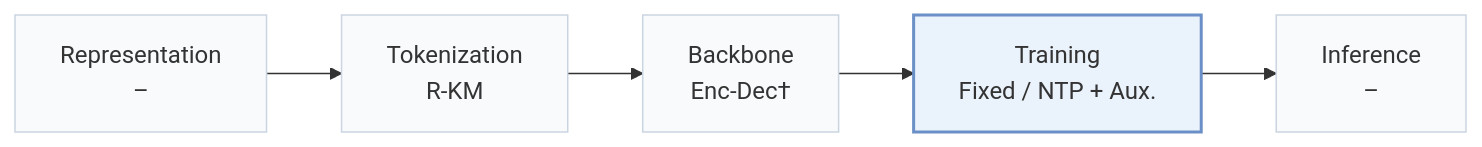
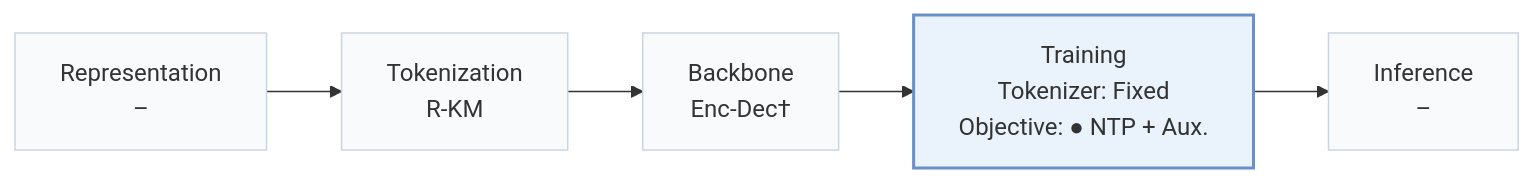
The first of 2 diagrams in pages/papers/nau.md (Galaxy-ghost/Awesome-SID-Generative-Rec), drawn with Mermaid before and after one commit. The commit also changed other lines of this file and 558 other files, not shown here.

````diff
--- a/pages/papers/nau.md
+++ b/pages/papers/nau.md
@@ -15,8 +18,8 @@
 ```mermaid
 flowchart LR
-    R["Representation<br/>–"] --> T["Tokenization<br/>R-KM"] --> B["Backbone<br/>Enc-Dec†"] --> TR["Training<br/>Fixed / NTP + Aux."] --> I["Inference<br/>–"]
+    R["Representation<br/>–"] --> T["Tokenization<br/>R-KM"] --> B["Backbone<br/>Enc-Dec†"] --> TR["Training<br/>Tokenizer: Fixed<br/>Objective: ● NTP + Aux."] --> I["Inference<br/>–"]
     classDef base fill:#f8fafc,stroke:#cbd5e1
     class R,T,B,TR,I base
     classDef main fill:#eaf2fb,stroke:#6b8fc7,stroke-width:2px
     class TR main
 ```
````
